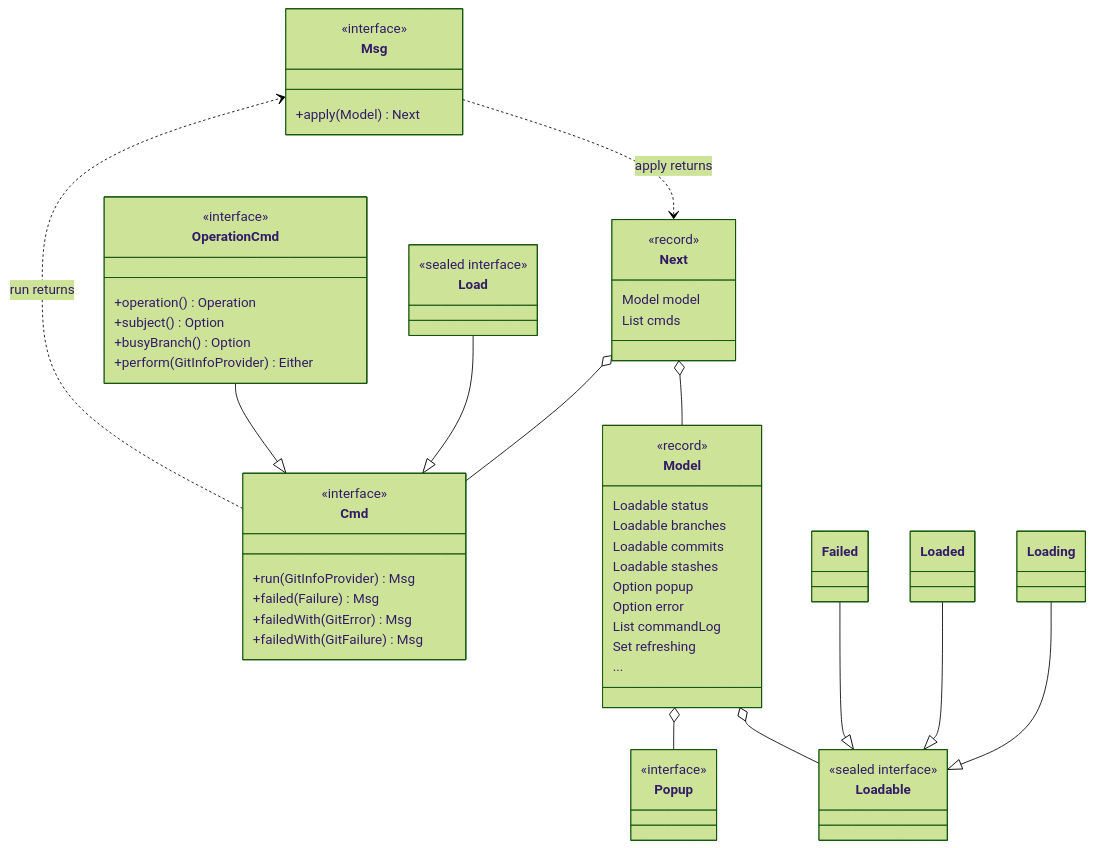
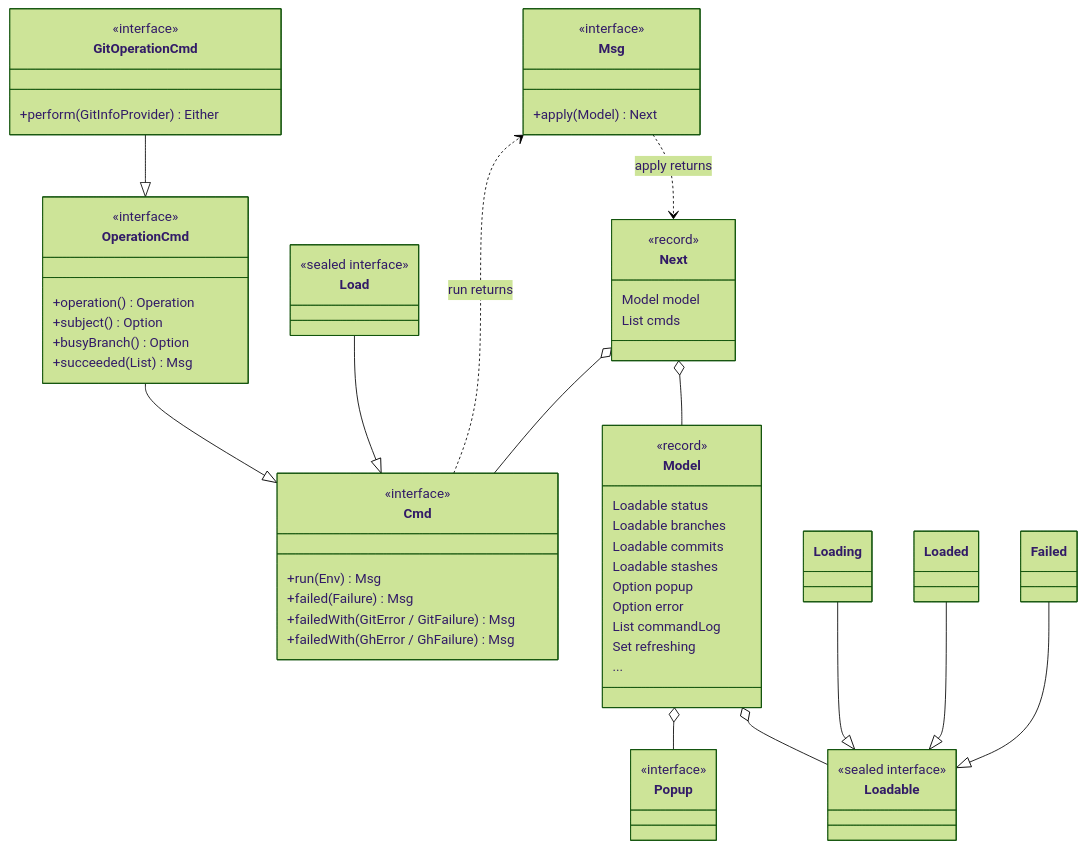
Before and after one commit to cvanfleteren/jazygit: the third of 7 diagrams in ARCHITECTURE.md, drawn with Mermaid (forest theme). The commit also changed other lines of this file and 5 other files, not shown here.

````diff
--- a/ARCHITECTURE.md
+++ b/ARCHITECTURE.md
@@ -114,58 +143,63 @@
 ```mermaid
 classDiagram
     class Msg {
         <<interface>>
         +apply(Model) Next
     }
     class Next {
         <<record>>
         Model model
         List cmds
     }
     class Cmd {
         <<interface>>
-        +run(GitInfoProvider) Msg
+        +run(Env) Msg
         +failed(Failure) Msg
-        +failedWith(GitError) Msg
-        +failedWith(GitFailure) Msg
+        +failedWith(GitError / GitFailure) Msg
+        +failedWith(GhError / GhFailure) Msg
     }
     class Load {
         <<sealed interface>>
     }
     class OperationCmd {
         <<interface>>
         +operation() Operation
         +subject() Option
         +busyBranch() Option
+        +succeeded(List) Msg
+    }
+    class GitOperationCmd {
+        <<interface>>
         +perform(GitInfoProvider) Either
     }
     class Model {
         <<record>>
         Loadable status
         Loadable branches
         Loadable commits
         Loadable stashes
         Option popup
         Option error
         List commandLog
         Set refreshing
         ...
     }
     class Loadable {
         <<sealed interface>>
     }
     Loading --|> Loadable
     Loaded --|> Loadable
     Failed --|> Loadable
     class Popup {
         <<interface>>
     }
     Msg ..> Next : apply returns
     Next o-- Model
     Next o-- Cmd
     Load --|> Cmd
     OperationCmd --|> Cmd
+    GitOperationCmd --|> OperationCmd
     Model o-- Loadable
     Model o-- Popup
     Cmd ..> Msg : run returns
 ```
````
